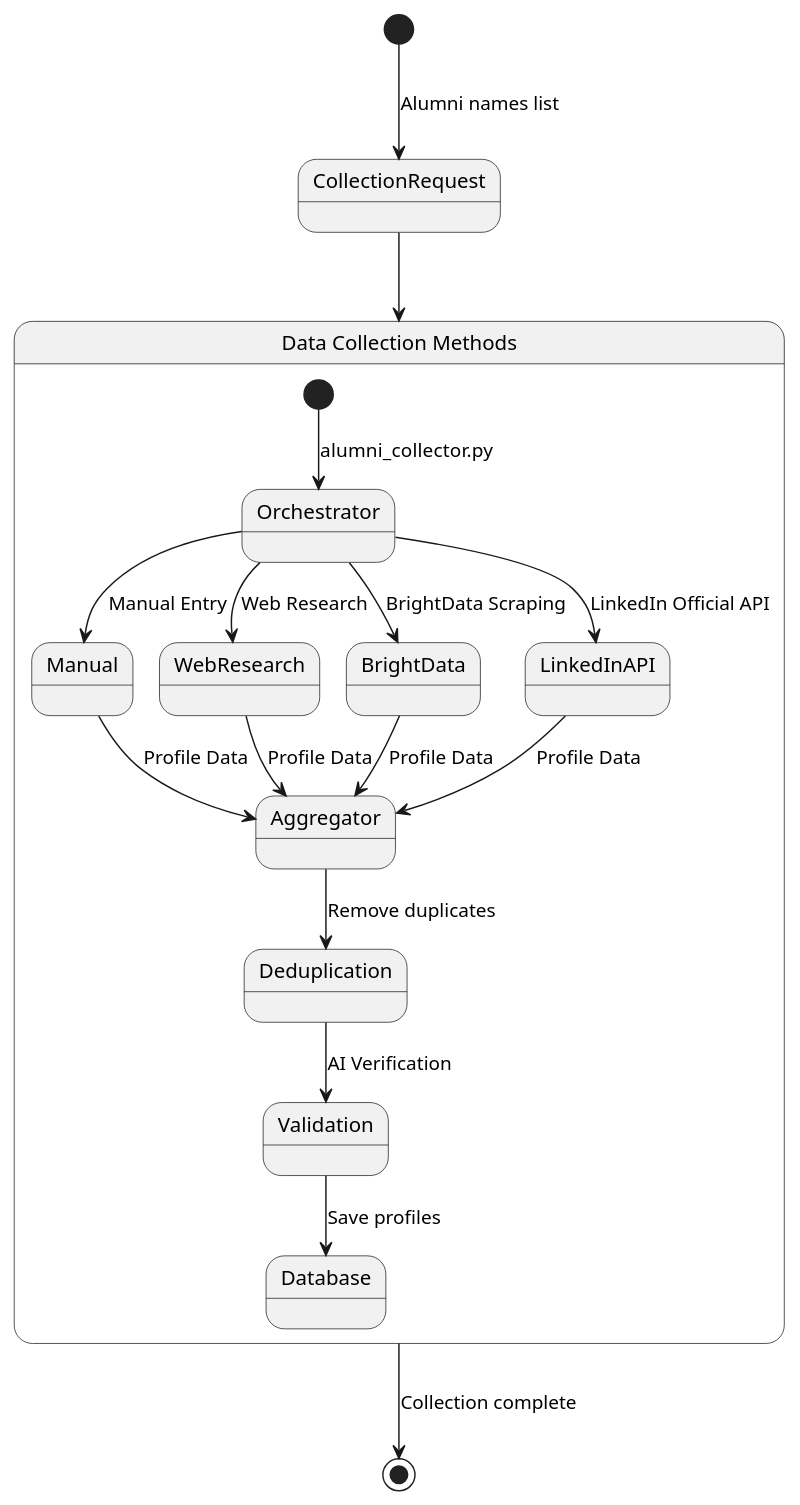
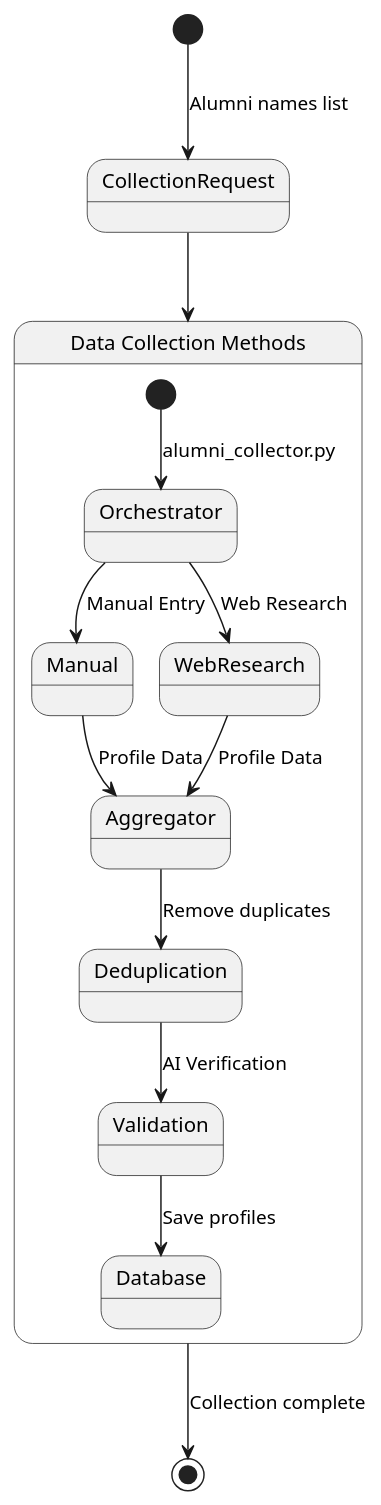
The eighth of 17 diagrams in DOCUMENTATION.md (MananiDennis/alumniSystem), drawn with PlantUML before and after one commit. The commit also changed other lines of this file and 5 other files, not shown here.

````diff
--- a/DOCUMENTATION.md
+++ b/DOCUMENTATION.md
@@ -414,25 +569,21 @@
 ```plantuml
 @startuml Alumni Collector State Diagram
 [*] --> CollectionRequest : Alumni names list
 
 state DataCollection as "Data Collection Methods" {
     [*] --> Orchestrator : alumni_collector.py
     Orchestrator --> Manual : Manual Entry
     Orchestrator --> WebResearch : Web Research
-    Orchestrator --> BrightData : BrightData Scraping
-    Orchestrator --> LinkedInAPI : LinkedIn Official API
     
     Manual --> Aggregator : Profile Data
     WebResearch --> Aggregator : Profile Data
-    BrightData --> Aggregator : Profile Data
-    LinkedInAPI --> Aggregator : Profile Data
     
     Aggregator --> Deduplication : Remove duplicates
     Deduplication --> Validation : AI Verification
     Validation --> Database : Save profiles
 }
 
 CollectionRequest --> DataCollection
 DataCollection --> [*] : Collection complete
 @enduml
 ```
````
